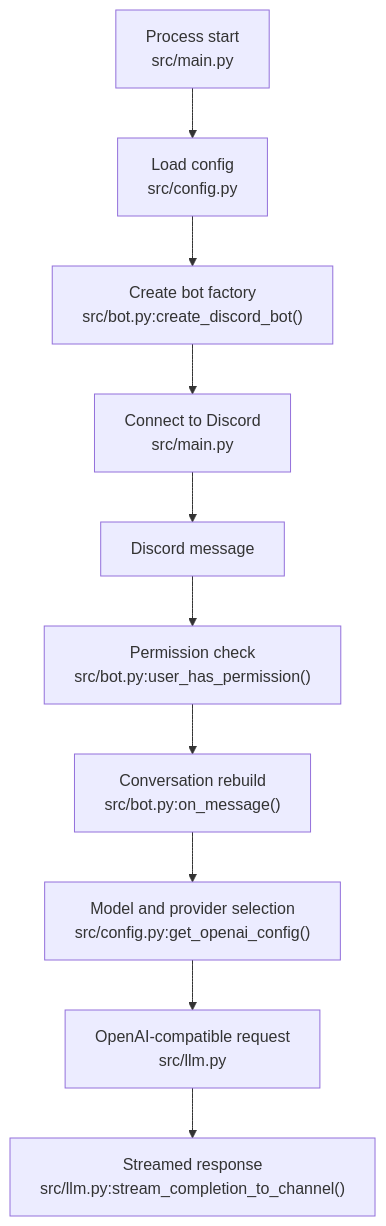
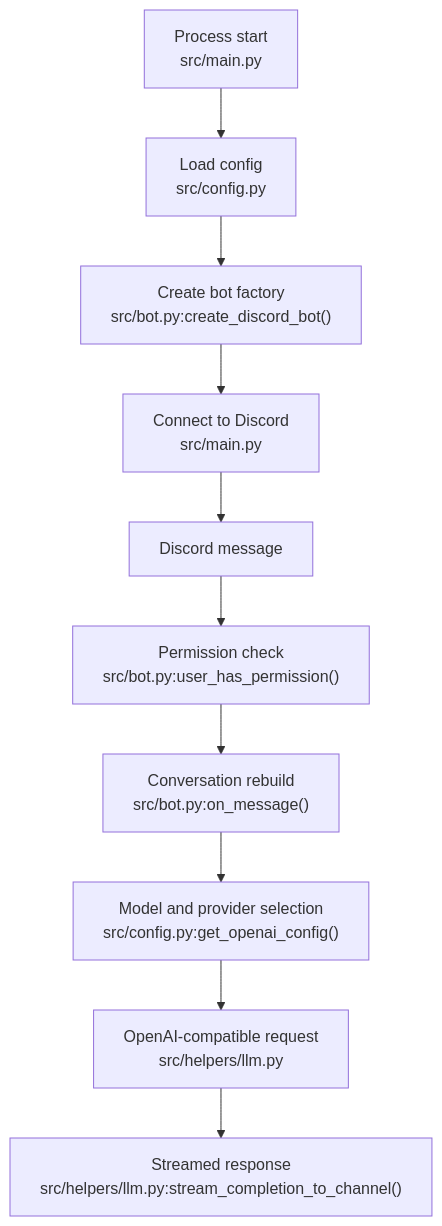
The second of 2 diagrams in misc/ARCHITECTURE.md (noti0nS/llmcord), drawn with Mermaid before and after one commit. The commit also changed other lines of this file and 18 other files, not shown here.

````diff
--- a/misc/ARCHITECTURE.md
+++ b/misc/ARCHITECTURE.md
@@ -54,12 +54,12 @@
 ```mermaid
 graph TD
     A["Process start<br/>src/main.py"] --> B["Load config<br/>src/config.py"]
     B --> C["Create bot factory<br/>src/bot.py:create_discord_bot()"]
     C --> D["Connect to Discord<br/>src/main.py"]
     D --> E[Discord message]
     E --> F["Permission check<br/>src/bot.py:user_has_permission()"]
     F --> G["Conversation rebuild<br/>src/bot.py:on_message()"]
     G --> H["Model and provider selection<br/>src/config.py:get_openai_config()"]
-    H --> I["OpenAI-compatible request<br/>src/llm.py"]
-    I --> J["Streamed response<br/>src/llm.py:stream_completion_to_channel()"]
+    H --> I["OpenAI-compatible request<br/>src/helpers/llm.py"]
+    I --> J["Streamed response<br/>src/helpers/llm.py:stream_completion_to_channel()"]
 ```
````
